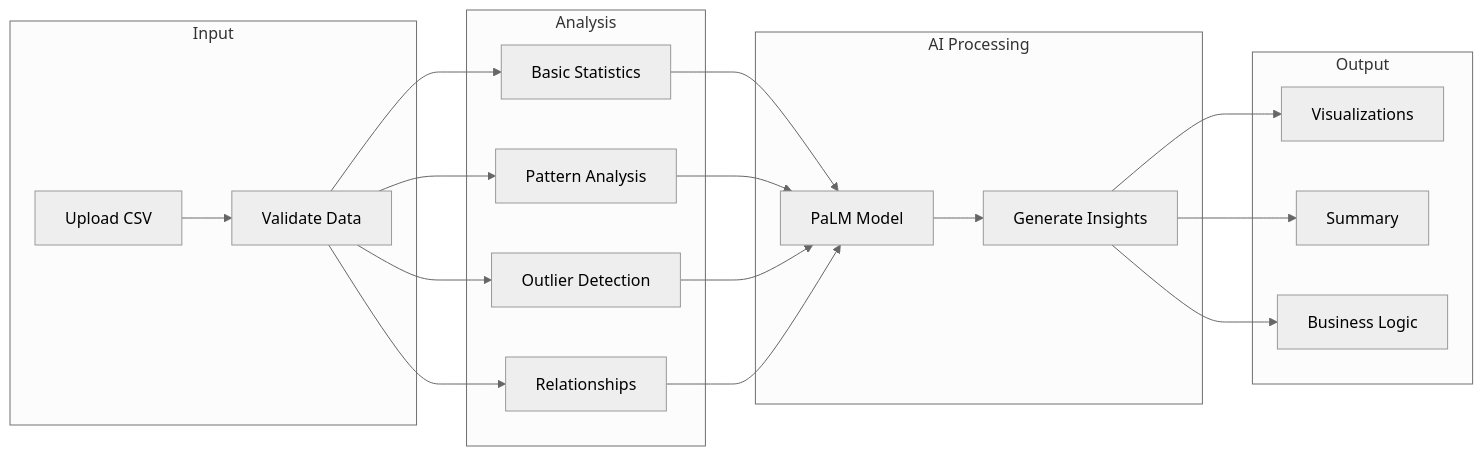
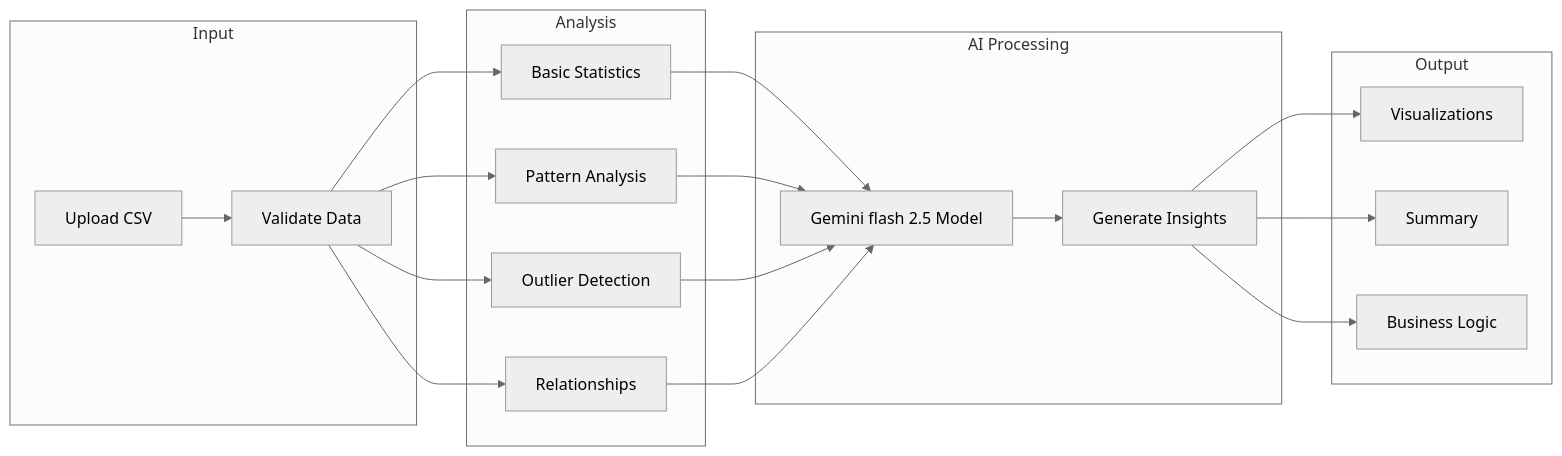
The third of 11 diagrams in presentation.md (nishant14763/datalens), drawn with Mermaid (neutral theme) before and after one commit.

````diff
--- a/presentation.md
+++ b/presentation.md
@@ -53,27 +53,27 @@
 ```mermaid
 graph LR
     subgraph Input
         U[Upload CSV] --> V[Validate Data]
     end
     
     subgraph Analysis
         V --> B[Basic Statistics]
         V --> P[Pattern Analysis]
         V --> O[Outlier Detection]
         V --> R[Relationships]
     end
     
     subgraph AI Processing
-        B --> AI[PaLM Model]
+        B --> AI[Gemini flash 2.5 Model]
         P --> AI
         O --> AI
         R --> AI
         AI --> I[Generate Insights]
     end
     
     subgraph Output
         I --> VIZ[Visualizations]
         I --> S[Summary]
         I --> BL[Business Logic]
     end
 ```
````
